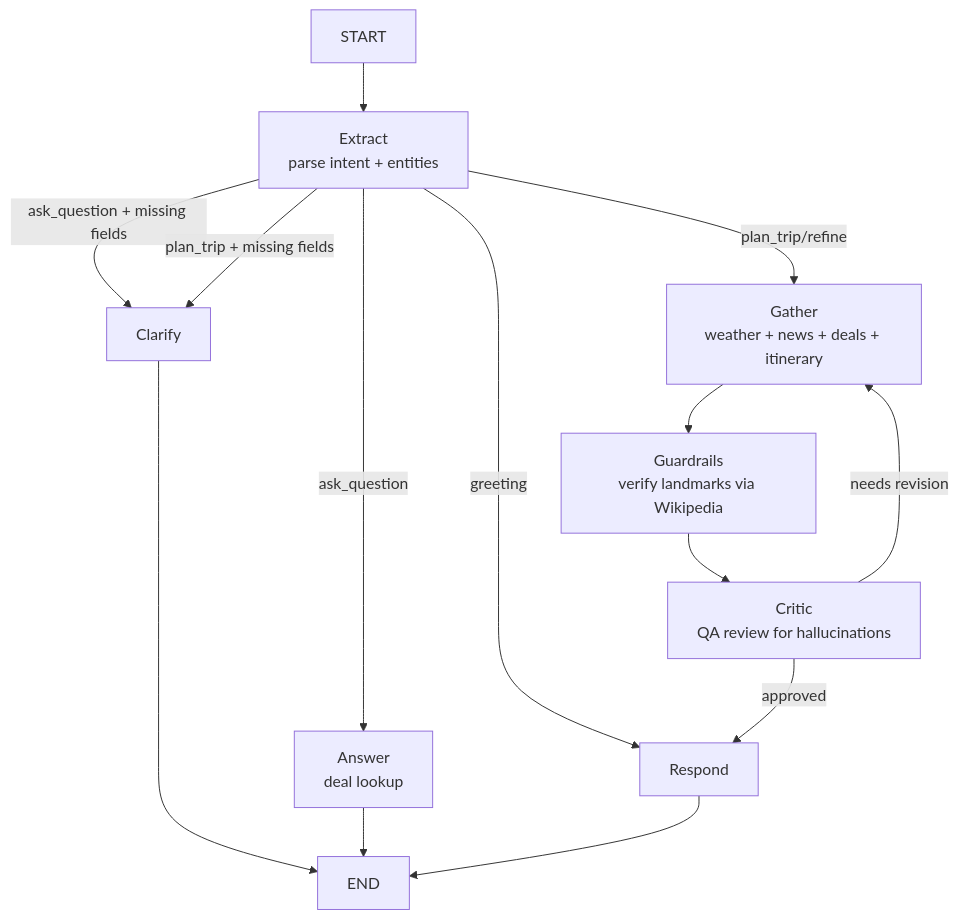
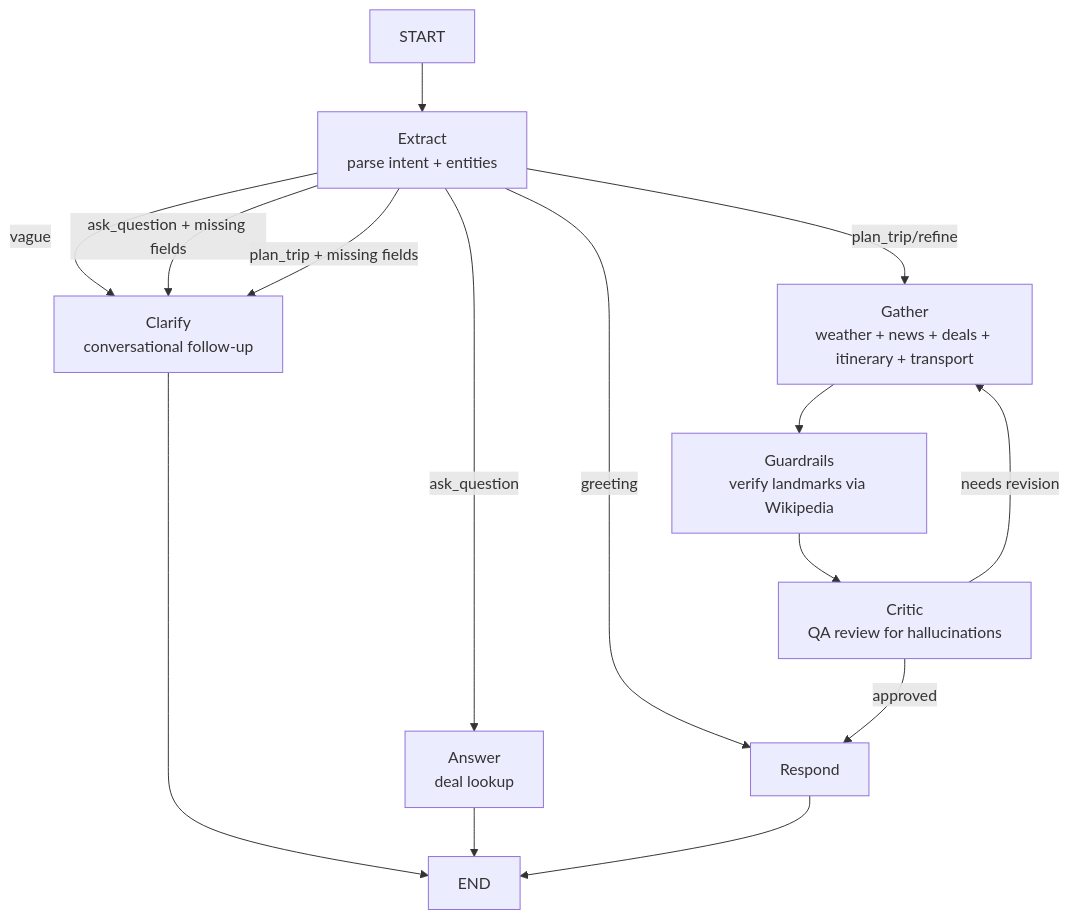
One commit to hadileonard08/flight-deal-dashboard changed the diagram in README.md. Above: the diagram before and after it, drawn with Mermaid. The commit also changed other lines of this file, not shown here.

Commit message:
Update README with transport agent, global destinations, section navigator, deal diversification, and all recent features

````diff
--- a/README.md
+++ b/README.md
@@ -38,16 +40,17 @@
 ```mermaid
 flowchart TD
     START --> extract[Extract<br/>parse intent + entities]
     extract -->|greeting| respond[Respond]
-    extract -->|ask_question + missing fields| clarify[Clarify]
+    extract -->|vague| clarify[Clarify<br/>conversational follow-up]
+    extract -->|ask_question + missing fields| clarify
     extract -->|ask_question| answer[Answer<br/>deal lookup]
     extract -->|plan_trip + missing fields| clarify
-    extract -->|plan_trip/refine| gather[Gather<br/>weather + news + deals + itinerary]
+    extract -->|plan_trip/refine| gather[Gather<br/>weather + news + deals + itinerary + transport]
     clarify --> END
     answer --> END
     gather --> guardrails[Guardrails<br/>verify landmarks via Wikipedia]
     guardrails --> critic[Critic<br/>QA review for hallucinations]
     critic -->|approved| respond
     critic -->|needs revision| gather
     respond --> END
 ```
````
